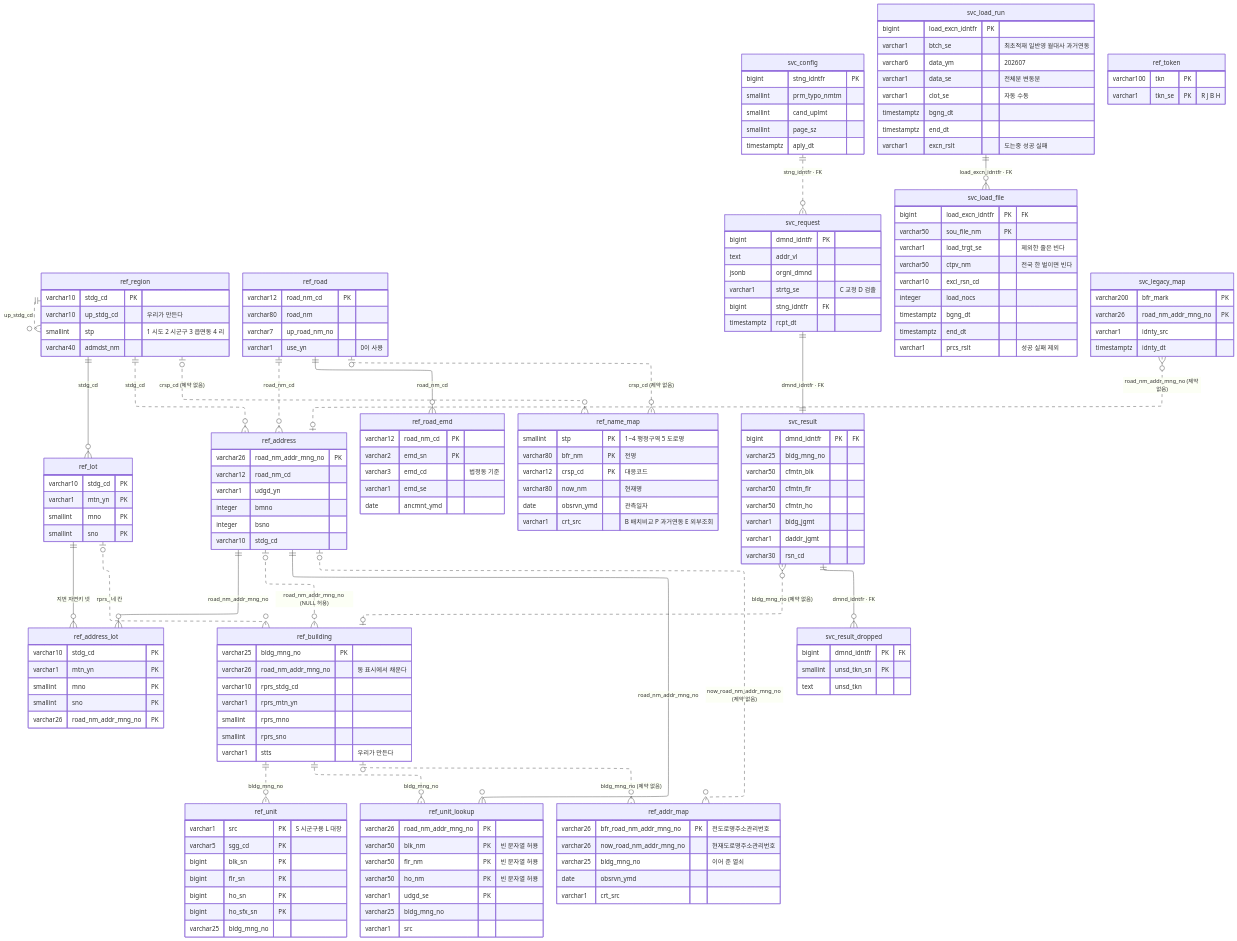
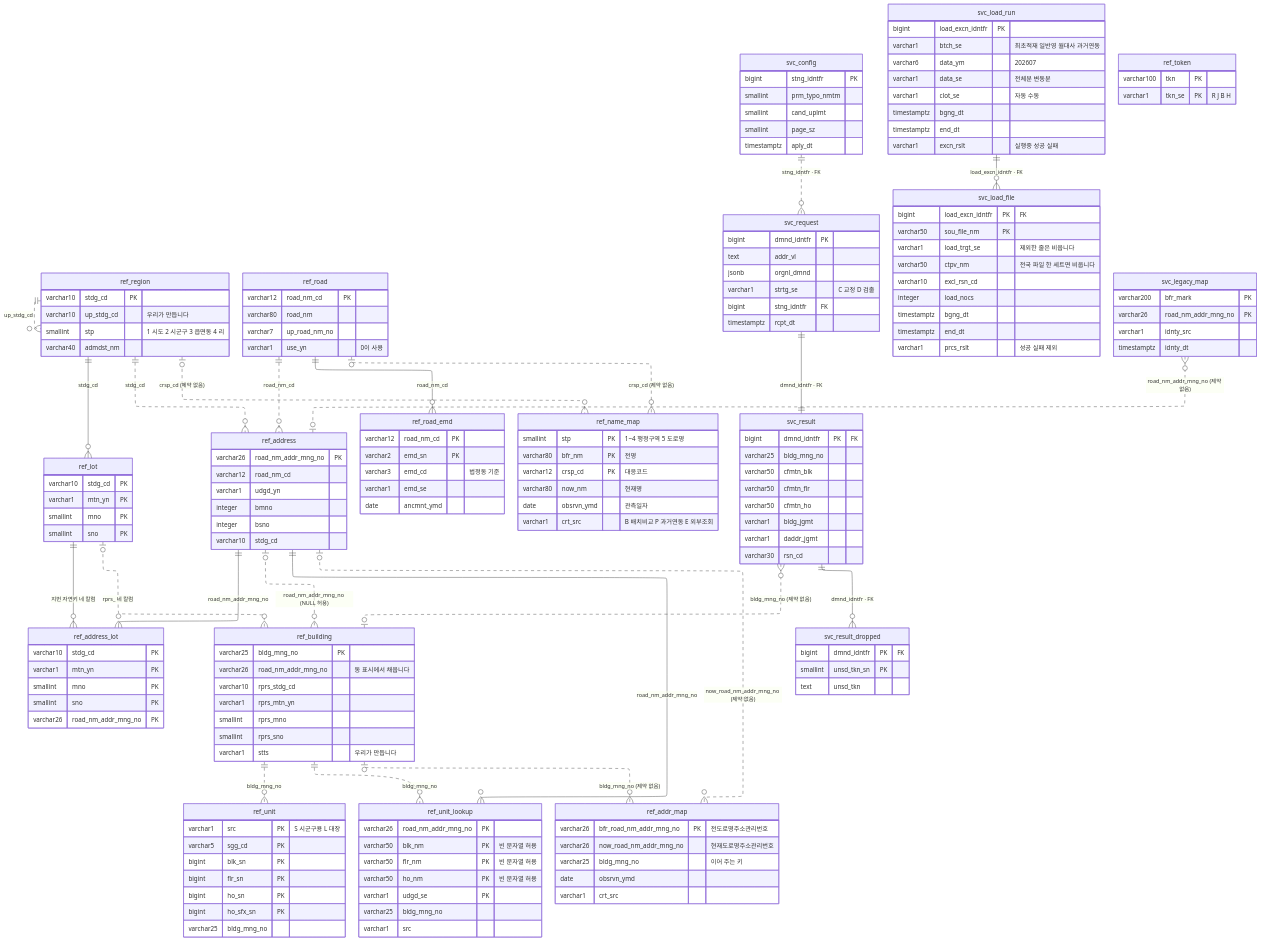
Before and after one commit to buss-sooin/address-refine-diagnostics: the third of 3 diagrams in design/02-data-model.md, drawn with Mermaid. The commit also changed other lines of this file and 20 other files, not shown here.

```diff
--- a/design/02-data-model.md
+++ b/design/02-data-model.md
@@ -1337,10 +1334,10 @@
     ref_road       ||--o{ ref_road_emd       : "road_nm_cd"
 
     ref_address    ||--o{ ref_address_lot    : "road_nm_addr_mng_no"
-    ref_lot        ||--o{ ref_address_lot    : "지번 자연키 넷"
+    ref_lot        ||--o{ ref_address_lot    : "지번 자연키 네 칼럼"
 
     ref_address    |o..o{ ref_building       : "road_nm_addr_mng_no (NULL 허용)"
-    ref_lot        |o..o{ ref_building       : "rprs_ 네 칸"
+    ref_lot        |o..o{ ref_building       : "rprs_ 네 칼럼"
 
     ref_building   ||..o{ ref_unit           : "bldg_mng_no"
     ref_address    ||--o{ ref_unit_lookup    : "road_nm_addr_mng_no"
@@ -1361,7 +1358,7 @@
 
     ref_region {
         varchar10 stdg_cd PK
-        varchar10 up_stdg_cd "우리가 만든다"
+        varchar10 up_stdg_cd "우리가 만듭니다"
         smallint  stp "1 시도 2 시군구 3 읍면동 4 리"
         varchar40 admdst_nm
     }
@@ -1401,12 +1398,12 @@
     }
     ref_building {
         varchar25 bldg_mng_no PK
-        varchar26 road_nm_addr_mng_no "동 표시에서 채운다"
+        varchar26 road_nm_addr_mng_no "동 표시에서 채웁니다"
         varchar10 rprs_stdg_cd
         varchar1  rprs_mtn_yn
         smallint  rprs_mno
         smallint  rprs_sno
-        varchar1  stts "우리가 만든다"
+        varchar1  stts "우리가 만듭니다"
     }
     ref_unit {
         varchar1  src PK "S 시군구용 L 대장"
@@ -1441,7 +1438,7 @@
     ref_addr_map {
         varchar26 bfr_road_nm_addr_mng_no PK "전도로명주소관리번호"
         varchar26 now_road_nm_addr_mng_no "현재도로명주소관리번호"
-        varchar25 bldg_mng_no "이어 준 열쇠"
+        varchar25 bldg_mng_no "이어 주는 키"
         date      obsrvn_ymd
         varchar1  crt_src
     }
@@ -1489,13 +1486,13 @@
         varchar1    clot_se "자동 수동"
         timestamptz bgng_dt
         timestamptz end_dt
-        varchar1    excn_rslt "도는중 성공 실패"
+        varchar1    excn_rslt "실행중 성공 실패"
     }
     svc_load_file {
         bigint      load_excn_idntfr PK "FK"
         varchar50   sou_file_nm PK
-        varchar1    load_trgt_se "제외한 줄은 빈다"
-        varchar50   ctpv_nm "전국 한 벌이면 빈다"
+        varchar1    load_trgt_se "제외한 줄은 비웁니다"
+        varchar50   ctpv_nm "전국 파일 한 세트면 비웁니다"
         varchar10   excl_rsn_cd
         integer     load_nocs
         timestamptz bgng_dt
```
